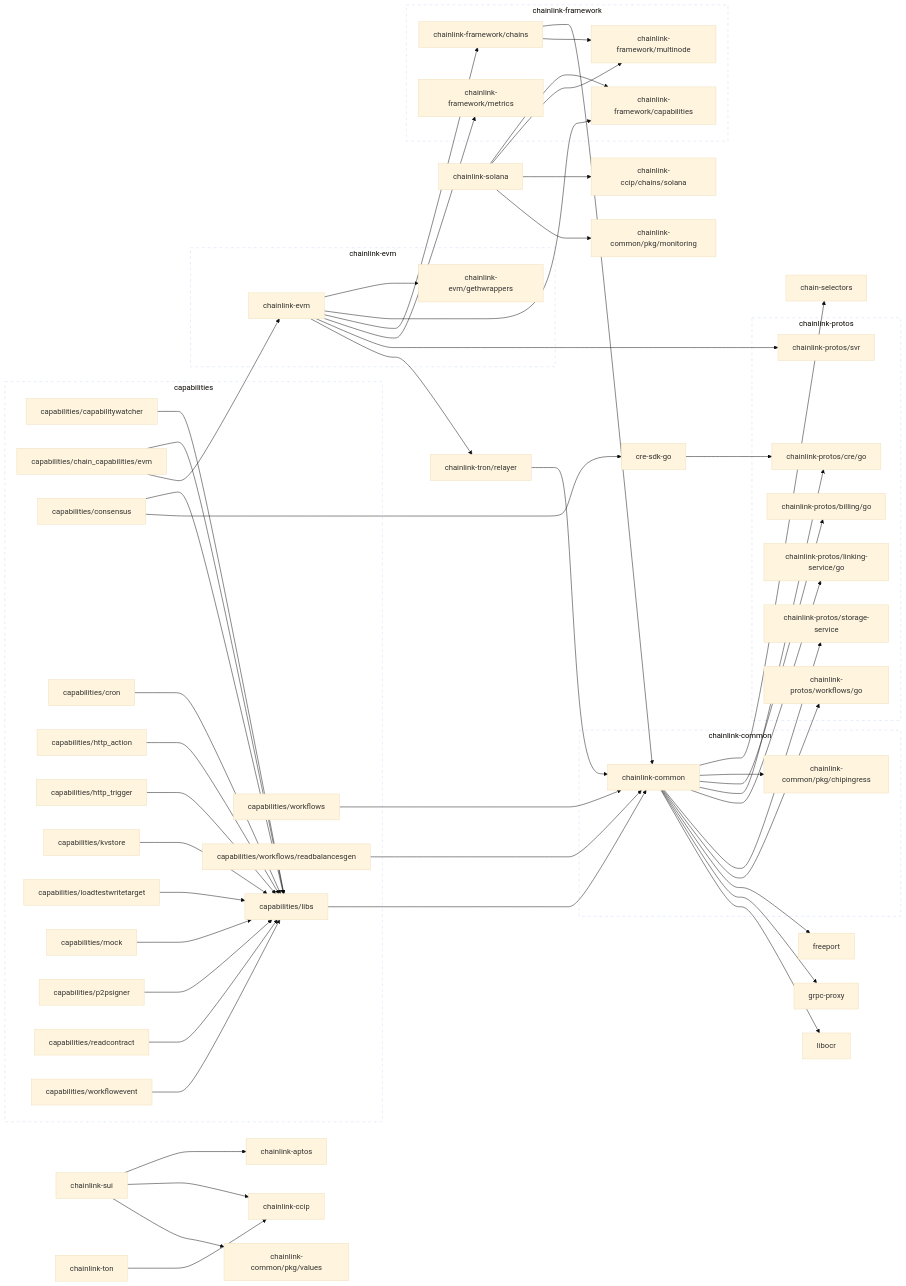
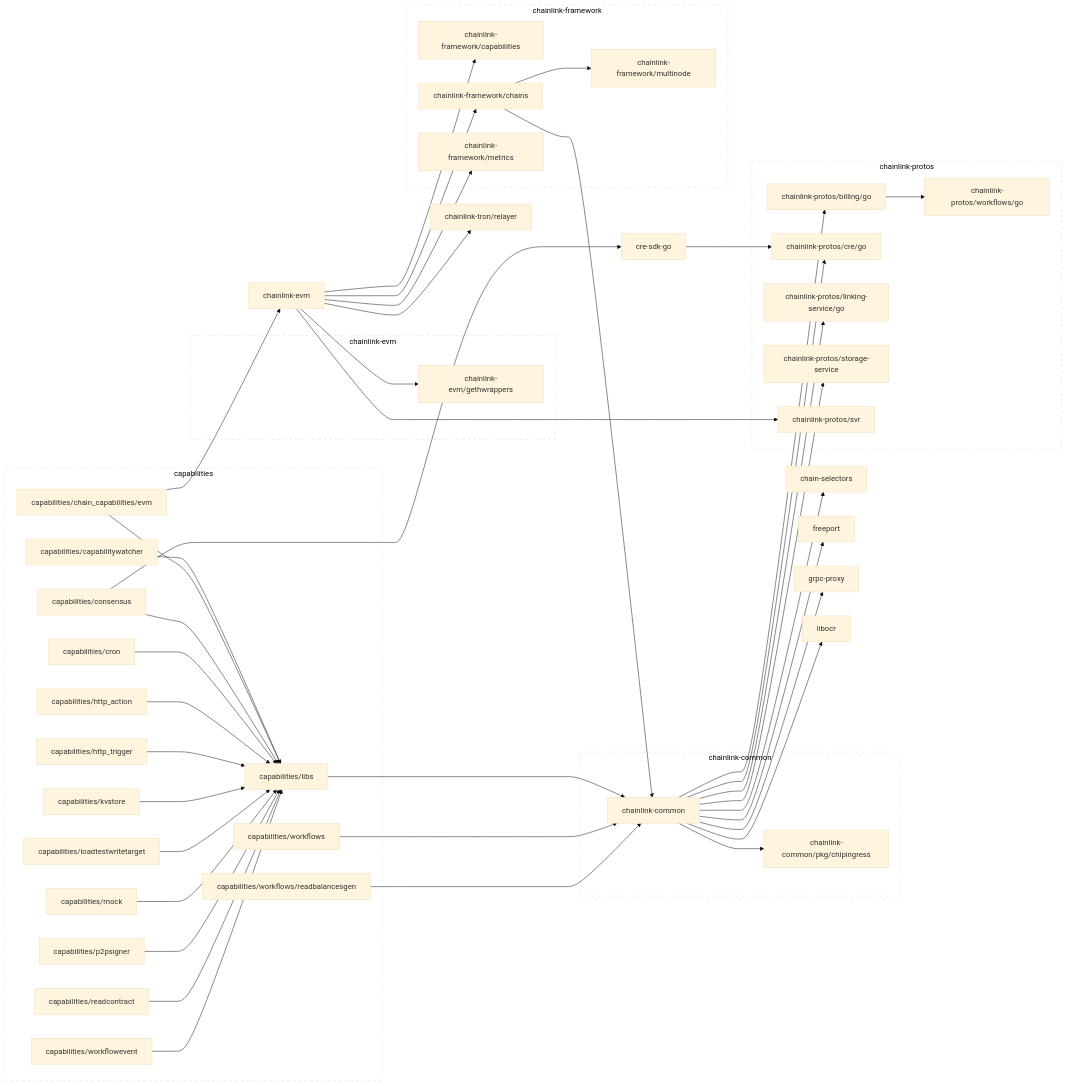
Before and after one commit to smartcontractkit/capabilities: the diagram in go.md, drawn with Mermaid (base theme).

Commit message:
Modgraph fix

```diff
--- a/go.md
+++ b/go.md
@@ -42,7 +42,6 @@
 	chainlink-common --> chainlink-protos/cre/go
 	chainlink-common --> chainlink-protos/linking-service/go
 	chainlink-common --> chainlink-protos/storage-service
-	chainlink-common --> chainlink-protos/workflows/go
 	chainlink-common --> freeport
 	chainlink-common --> grpc-proxy
 	chainlink-common --> libocr
@@ -67,7 +66,7 @@
 	click chainlink-framework/metrics href "https://github.com/smartcontractkit/chainlink-framework"
 	chainlink-framework/multinode
 	click chainlink-framework/multinode href "https://github.com/smartcontractkit/chainlink-framework"
-	chainlink-protos/billing/go
+	chainlink-protos/billing/go --> chainlink-protos/workflows/go
 	click chainlink-protos/billing/go href "https://github.com/smartcontractkit/chainlink-protos"
 	chainlink-protos/cre/go
 	click chainlink-protos/cre/go href "https://github.com/smartcontractkit/chainlink-protos"
@@ -79,18 +78,7 @@
 	click chainlink-protos/svr href "https://github.com/smartcontractkit/chainlink-protos"
 	chainlink-protos/workflows/go
 	click chainlink-protos/workflows/go href "https://github.com/smartcontractkit/chainlink-protos"
-	chainlink-solana --> chainlink-ccip/chains/solana
-	chainlink-solana --> chainlink-common/pkg/monitoring
-	chainlink-solana --> chainlink-framework/capabilities
-	chainlink-solana --> chainlink-framework/multinode
-	click chainlink-solana href "https://github.com/smartcontractkit/chainlink-solana"
-	chainlink-sui --> chainlink-aptos
-	chainlink-sui --> chainlink-ccip
-	chainlink-sui --> chainlink-common/pkg/values
-	click chainlink-sui href "https://github.com/smartcontractkit/chainlink-sui"
-	chainlink-ton --> chainlink-ccip
-	click chainlink-ton href "https://github.com/smartcontractkit/chainlink-ton"
-	chainlink-tron/relayer --> chainlink-common
+	chainlink-tron/relayer
 	click chainlink-tron/relayer href "https://github.com/smartcontractkit/chainlink-tron"
 	cre-sdk-go --> chainlink-protos/cre/go
 	click cre-sdk-go href "https://github.com/smartcontractkit/cre-sdk-go"
```
